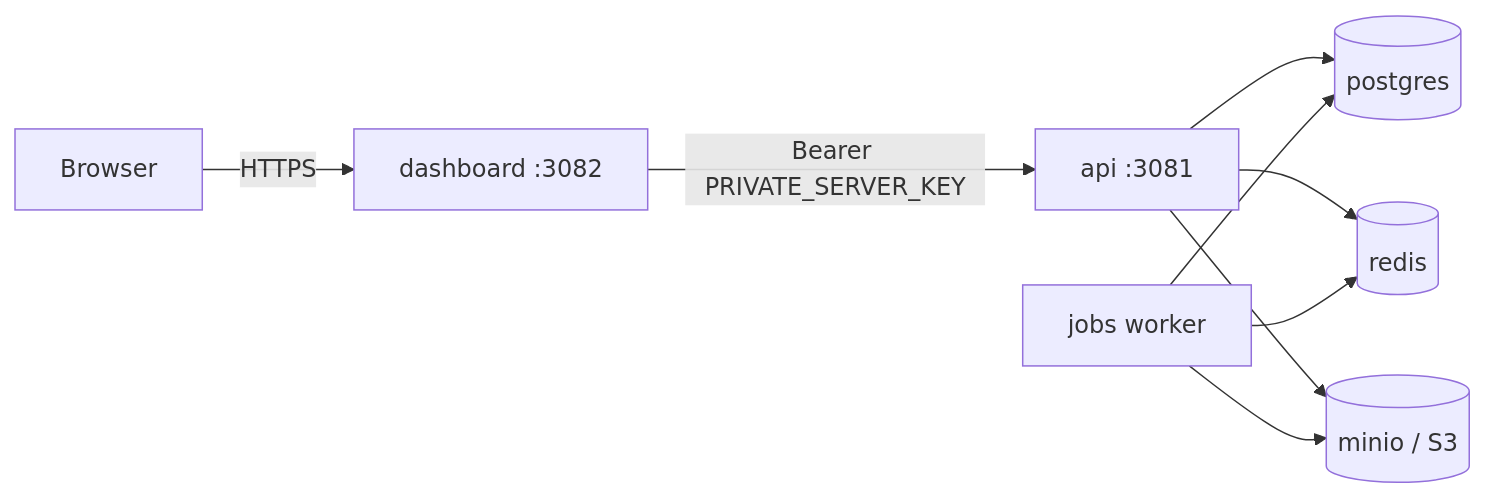
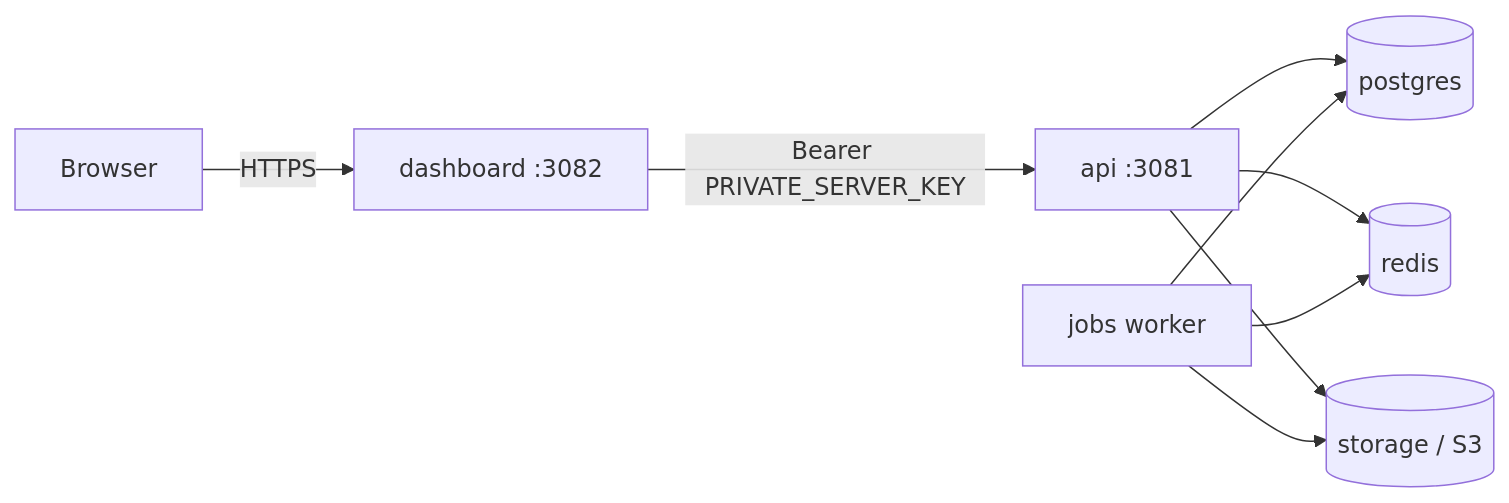
The diagram in apps/docs/content/docs/self-hosted/architecture.mdx (classroomio/classroomio), drawn with Mermaid before and after one commit. The commit also changed other lines of this file and 31 other files, not shown here.

````diff
--- a/apps/docs/content/docs/self-hosted/architecture.mdx
+++ b/apps/docs/content/docs/self-hosted/architecture.mdx
@@ -11,11 +11,11 @@
 ```mermaid
 flowchart LR
   B[Browser] -->|HTTPS| D[dashboard :3082]
   D -->|Bearer PRIVATE_SERVER_KEY| A[api :3081]
   A --> P[(postgres)]
   A --> R[(redis)]
-  A --> M[(minio / S3)]
+  A --> M[(storage / S3)]
   J[jobs worker] --> R
   J --> P
   J --> M
 ```
````
